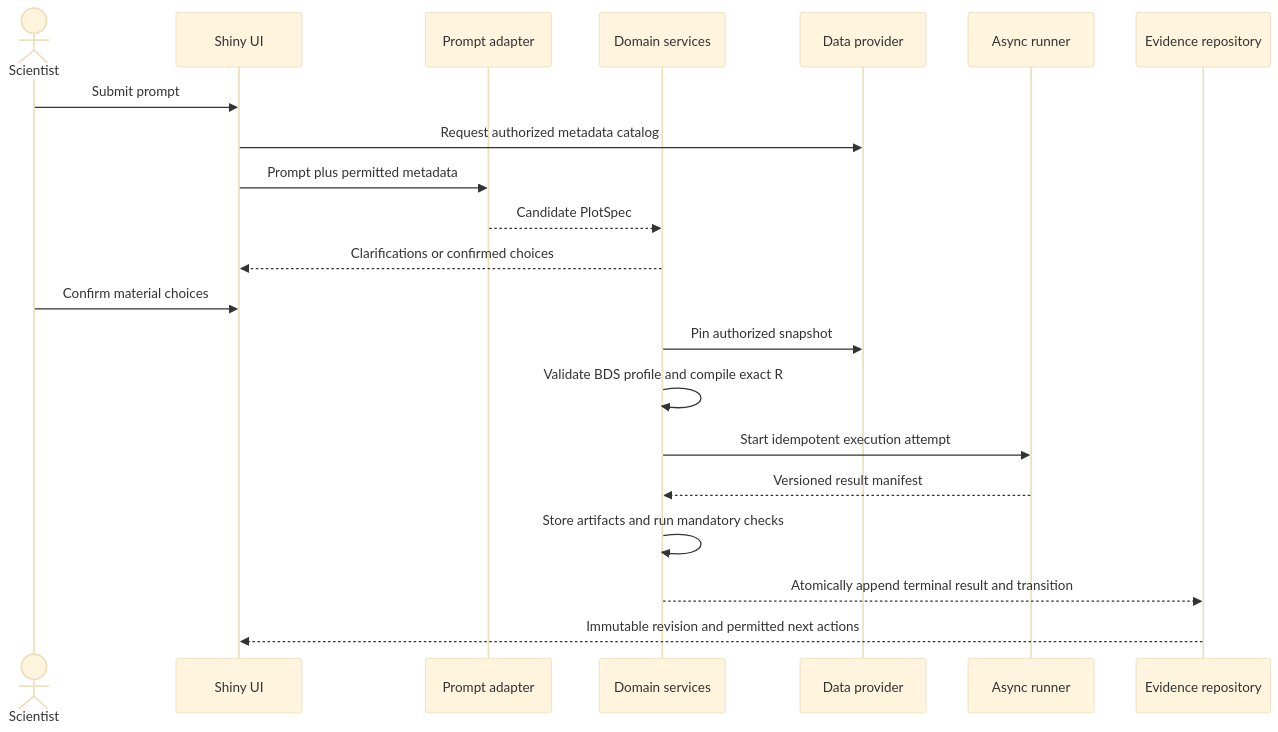
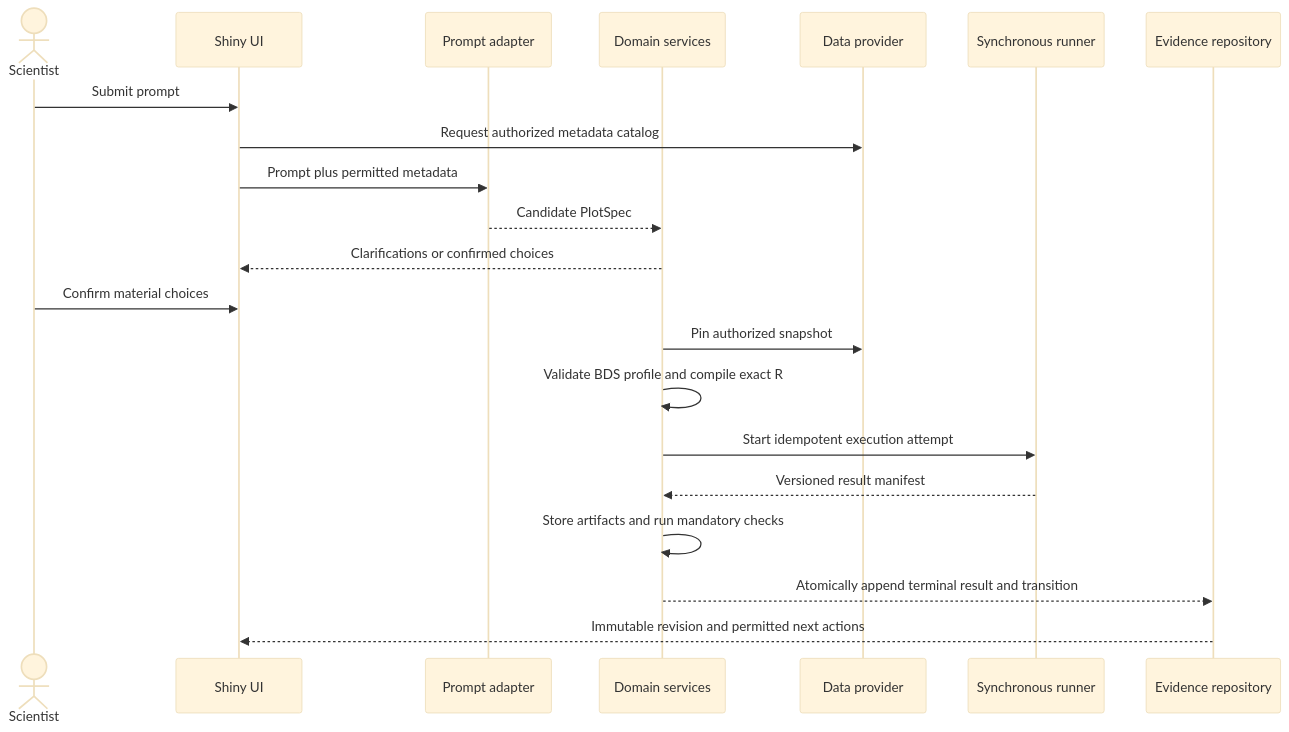
The second of 4 diagrams in docs/plans/2026-09-06-0014-feat-plot-pattern-assurance-cell-plan.md (Ramdhadage/ADaMViz.SubmissionSync), drawn with Mermaid (base theme) before and after one commit. The commit also changed other lines of this file and 18 other files, not shown here.

````diff
--- a/docs/plans/2026-09-06-0014-feat-plot-pattern-assurance-cell-plan.md
+++ b/docs/plans/2026-09-06-0014-feat-plot-pattern-assurance-cell-plan.md
@@ -264,23 +264,23 @@
 ```mermaid
 sequenceDiagram
   actor Scientist
   participant UI as Shiny UI
   participant Prompt as Prompt adapter
   participant Domain as Domain services
   participant Data as Data provider
-  participant Runner as Async runner
+  participant Runner as Synchronous runner
   participant Evidence as Evidence repository
   Scientist->>UI: Submit prompt
   UI->>Data: Request authorized metadata catalog
   UI->>Prompt: Prompt plus permitted metadata
   Prompt-->>Domain: Candidate PlotSpec
   Domain-->>UI: Clarifications or confirmed choices
   Scientist->>UI: Confirm material choices
   Domain->>Data: Pin authorized snapshot
   Domain->>Domain: Validate BDS profile and compile exact R
   Domain->>Runner: Start idempotent execution attempt
   Runner-->>Domain: Versioned result manifest
   Domain->>Domain: Store artifacts and run mandatory checks
   Domain-->>Evidence: Atomically append terminal result and transition
   Evidence-->>UI: Immutable revision and permitted next actions
 ```
````
